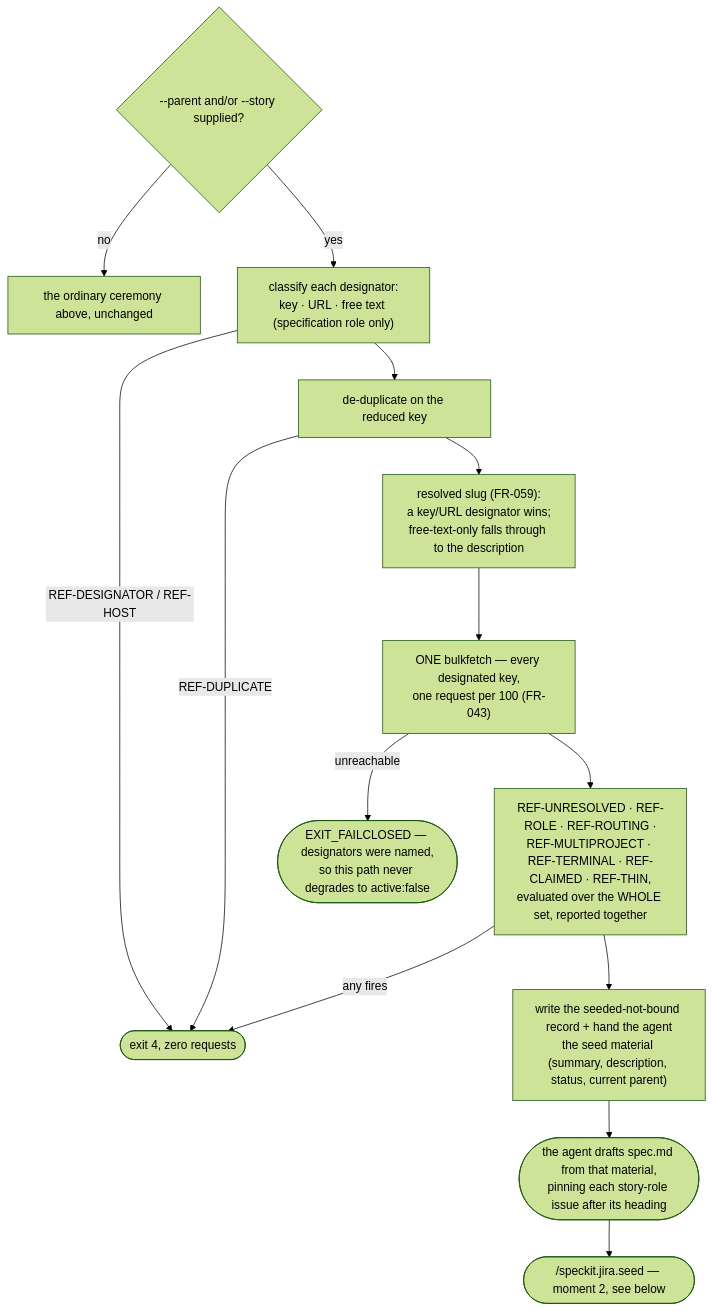
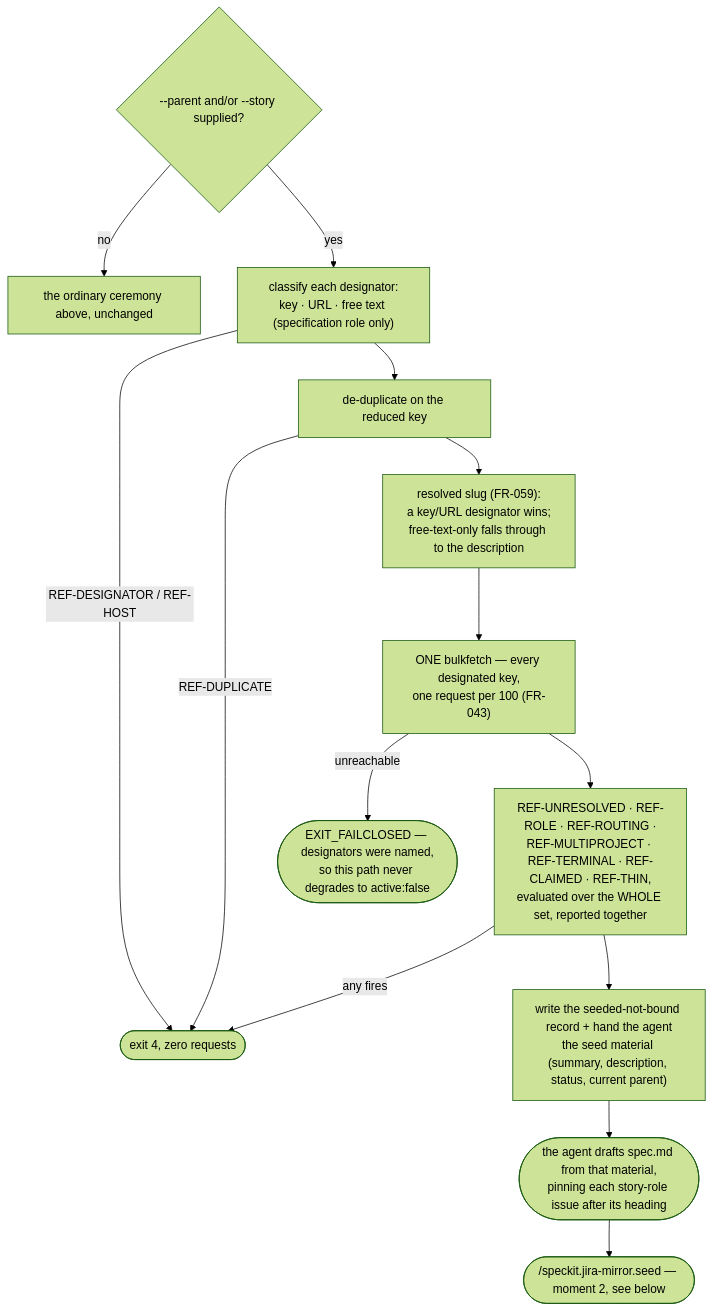
The fourth of 5 diagrams in docs/06-feature-naming.md (Fyloss/spec-kit-jira), drawn with Mermaid (forest theme) before and after one commit. The commit also changed other lines of this file and 104 other files, not shown here.

First line of the commit message:
feat!: rename the extension id, commands, and repository to jira-mirror (#57)

````diff
--- a/docs/06-feature-naming.md
+++ b/docs/06-feature-naming.md
@@ -193,16 +193,16 @@
 ```mermaid
 flowchart TD
     Flags{"--parent and/or --story supplied?"} -->|"no"| Ordinary["the ordinary ceremony above, unchanged"]
     Flags -->|"yes"| Classify["classify each designator:<br/>key · URL · free text (specification role only)"]
     Classify -->|"REF-DESIGNATOR / REF-HOST"| Refuse1(["exit 4, zero requests"])
     Classify --> Dedupe["de-duplicate on the reduced key"]
     Dedupe -->|"REF-DUPLICATE"| Refuse1
     Dedupe --> Slug["resolved slug (FR-059):<br/>a key/URL designator wins;<br/>free-text-only falls through to the description"]
     Slug --> Bulk["ONE bulkfetch — every designated key,<br/>one request per 100 (FR-043)"]
     Bulk -->|"unreachable"| FailClosed(["EXIT_FAILCLOSED — designators were named,<br/>so this path never degrades to active:false"])
     Bulk --> Refusals["REF-UNRESOLVED · REF-ROLE · REF-ROUTING ·<br/>REF-MULTIPROJECT · REF-TERMINAL · REF-CLAIMED · REF-THIN,<br/>evaluated over the WHOLE set, reported together"]
     Refusals -->|"any fires"| Refuse1
     Refusals --> Record["write the seeded-not-bound record + hand the agent<br/>the seed material (summary, description, status, current parent)"]
     Record --> Draft(["the agent drafts spec.md from that material,<br/>pinning each story-role issue after its heading"])
-    Draft --> Seed(["/speckit.jira.seed — moment 2, see below"])
+    Draft --> Seed(["/speckit.jira-mirror.seed — moment 2, see below"])
 ```
````
